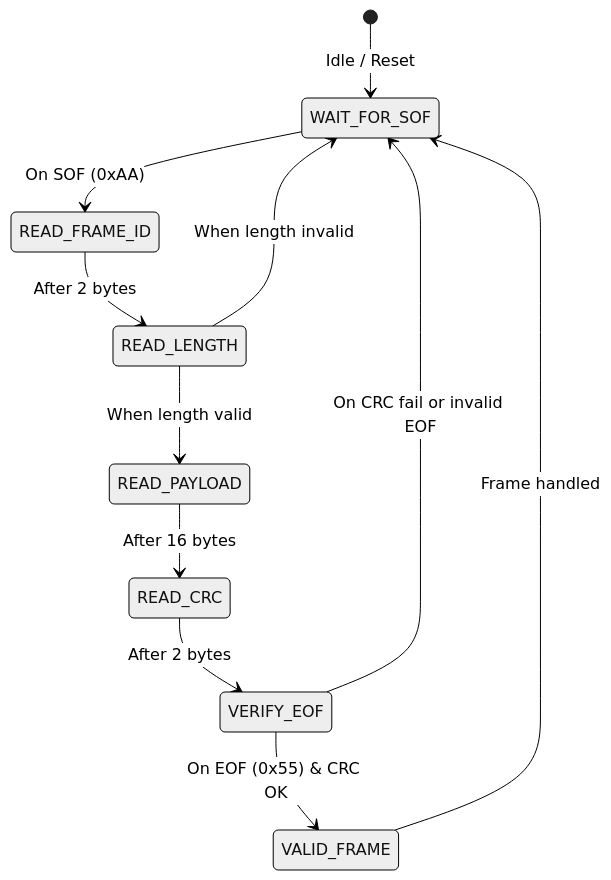
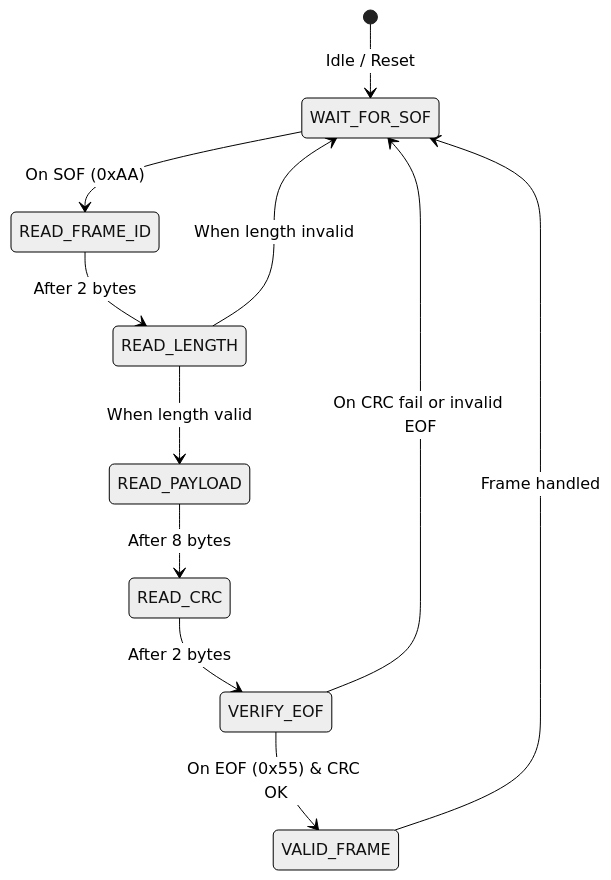
One commit to Bananums/nanners-protocol changed the diagram in docs/rx.mmd. Above: the diagram before and after it, drawn with Mermaid (neutral theme). The commit also changed 11 other files, not shown here.

```diff
--- a/docs/rx.mmd
+++ b/docs/rx.mmd
@@ -1,11 +1,11 @@
 stateDiagram-v2
     [*] --> WAIT_FOR_SOF : Idle / Reset
     WAIT_FOR_SOF --> READ_FRAME_ID : On SOF (0xAA)
     READ_FRAME_ID --> READ_LENGTH : After 2 bytes
     READ_LENGTH --> READ_PAYLOAD : When length valid
     READ_LENGTH --> WAIT_FOR_SOF : When length invalid
-    READ_PAYLOAD --> READ_CRC : After 16 bytes
+    READ_PAYLOAD --> READ_CRC : After 8 bytes
     READ_CRC --> VERIFY_EOF : After 2 bytes
     VERIFY_EOF --> VALID_FRAME : On EOF (0x55) & CRC OK
     VERIFY_EOF --> WAIT_FOR_SOF : On CRC fail or invalid EOF
     VALID_FRAME --> WAIT_FOR_SOF : Frame handled
```
